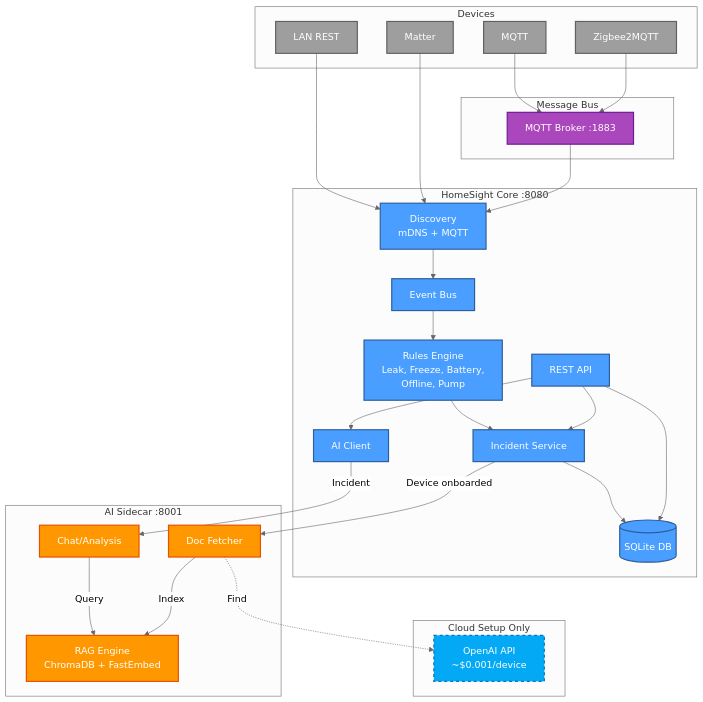
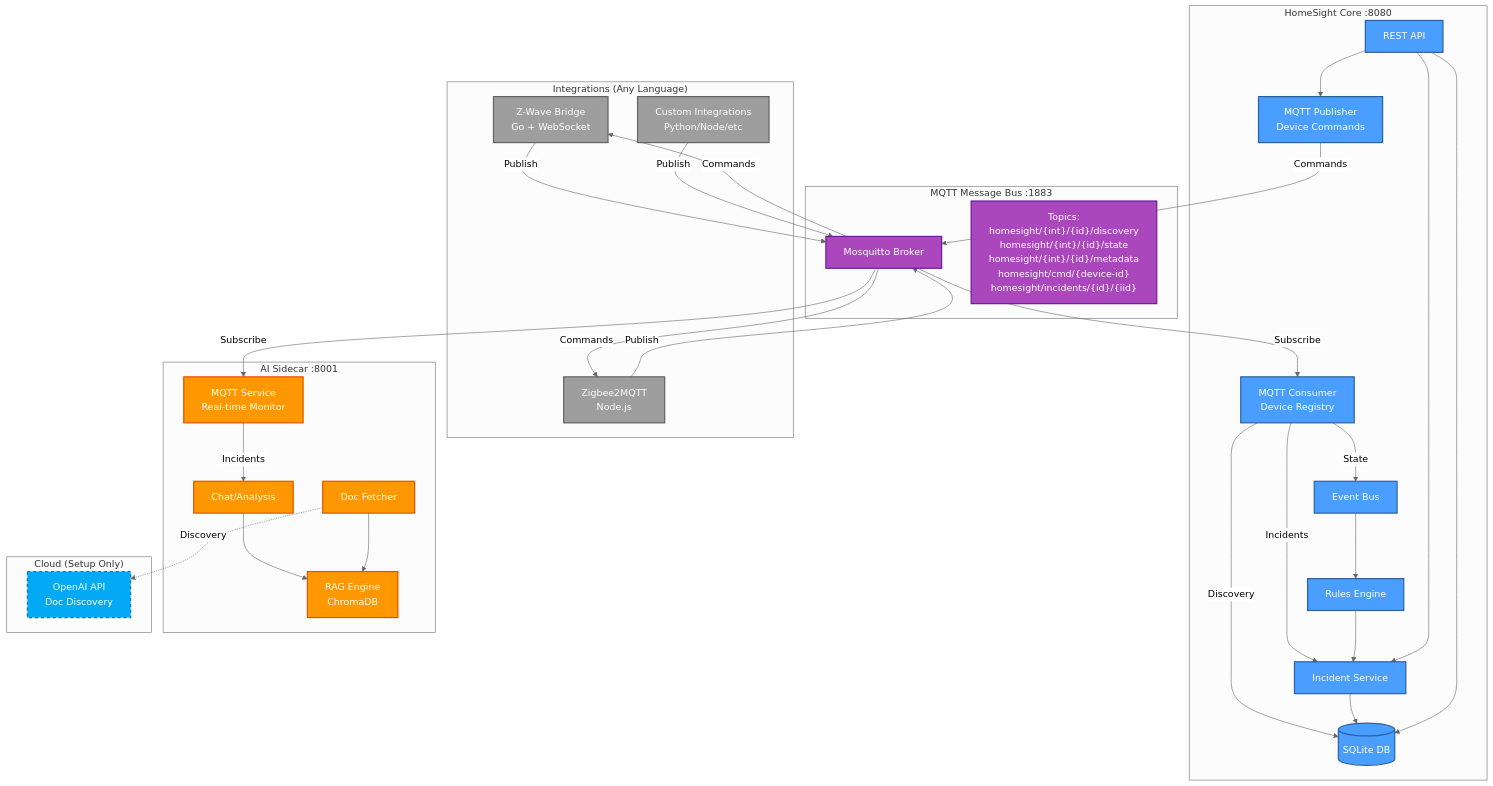
Before and after one commit to jbetancur/homesight: the diagram in README.md, drawn with Mermaid (neutral theme). The commit also changed other lines of this file and 18 other files, not shown here.

````diff
--- a/README.md
+++ b/README.md
@@ -85,73 +90,82 @@
 ```mermaid
 graph TB
-    subgraph "Devices"
-        MQTT[MQTT]
-        ZIGBEE[Zigbee2MQTT]
-        LAN[LAN REST]
-        MATTER[Matter]
+    subgraph "Integrations (Any Language)"
+        ZWAVE[Z-Wave Bridge<br/>Go + WebSocket]
+        ZIGBEE[Zigbee2MQTT<br/>Node.js]
+        CUSTOM[Custom Integrations<br/>Python/Node/etc]
+    end
+
+    subgraph "MQTT Message Bus :1883"
+        MOSQUITTO["Mosquitto Broker"]
+        TOPICS["Topics:<br/>homesight/{int}/{id}/discovery<br/>homesight/{int}/{id}/state<br/>homesight/{int}/{id}/metadata<br/>homesight/cmd/{device-id}<br/>homesight/incidents/{id}/{iid}"]
     end
 
     subgraph "HomeSight Core :8080"
+        CONSUMER[MQTT Consumer<br/>Device Registry]
+        PUBLISHER[MQTT Publisher<br/>Device Commands]
         API[REST API]
-        DISCOVERY[Discovery<br/>mDNS + MQTT]
         EVENTS[Event Bus]
-        RULES[Rules Engine<br/>Leak, Freeze, Battery,<br/>Offline, Pump]
+        RULES[Rules Engine]
         INCIDENTS[Incident Service]
         DB[(SQLite DB)]
-        AI_CLIENT[AI Client]
-    end
-
-    subgraph "Message Bus"
-        MOSQUITTO["MQTT Broker :1883"]
     end
 
     subgraph "AI Sidecar :8001"
-        RAG["RAG Engine<br/>ChromaDB + FastEmbed"]
+        MQTT_SVC[MQTT Service<br/>Real-time Monitor]
+        RAG[RAG Engine<br/>ChromaDB]
         CHAT[Chat/Analysis]
         DOC_FETCH[Doc Fetcher]
     end
 
-    subgraph "Cloud Setup Only"
-        OPENAI["OpenAI API<br/>~$0.001/device"]
+    subgraph "Cloud (Setup Only)"
+        OPENAI[OpenAI API<br/>Doc Discovery]
     end
 
-    %% Device flow
-    MQTT --> MOSQUITTO
-    ZIGBEE --> MOSQUITTO
-    LAN --> DISCOVERY
-    MATTER --> DISCOVERY
-    MOSQUITTO --> DISCOVERY
+    %% Integration → MQTT
+    ZWAVE -->|Publish| MOSQUITTO
+    ZIGBEE -->|Publish| MOSQUITTO
+    CUSTOM -->|Publish| MOSQUITTO
 
-    %% Processing flow
-    DISCOVERY --> EVENTS
+    %% MQTT → Core
+    MOSQUITTO -->|Subscribe| CONSUMER
+    CONSUMER -->|Discovery| DB
+    CONSUMER -->|State| EVENTS
+    CONSUMER -->|Incidents| INCIDENTS
+
+    %% Core → MQTT
+    API --> PUBLISHER
+    PUBLISHER -->|Commands| MOSQUITTO
+
+    %% MQTT → Integrations
+    MOSQUITTO -->|Commands| ZWAVE
+    MOSQUITTO -->|Commands| ZIGBEE
+
+    %% Event Processing
     EVENTS --> RULES
     RULES --> INCIDENTS
     INCIDENTS --> DB
 
     %% API
     API --> DB
     API --> INCIDENTS
-    API --> AI_CLIENT
 
-    %% AI flow
-    AI_CLIENT -->|Incident| CHAT
-    CHAT -->|Query| RAG
-    DOC_FETCH -->|Index| RAG
-    DOC_FETCH -.->|Find| OPENAI
-
-    %% Device event trigger
-    INCIDENTS -->|Device onboarded| DOC_FETCH
+    %% AI Real-time
+    MOSQUITTO -->|Subscribe| MQTT_SVC
+    MQTT_SVC -->|Incidents| CHAT
+    CHAT --> RAG
+    DOC_FETCH --> RAG
+    DOC_FETCH -.->|Discovery| OPENAI
 
     %% Styling
     classDef core fill:#4a9eff,stroke:#2d5f9f,stroke-width:2px,color:#fff
     classDef ai fill:#ff9800,stroke:#e65100,stroke-width:2px,color:#fff
-    classDef device fill:#9e9e9e,stroke:#616161,stroke-width:2px,color:#fff
+    classDef integration fill:#9e9e9e,stroke:#616161,stroke-width:2px,color:#fff
     classDef bus fill:#ab47bc,stroke:#6a1b9a,stroke-width:2px,color:#fff
     classDef cloud fill:#03a9f4,stroke:#0277bd,stroke-width:2px,stroke-dasharray:5,5,color:#fff
 
-    class API,DISCOVERY,EVENTS,RULES,INCIDENTS,DB,AI_CLIENT core
-    class CHAT,RAG,DOC_FETCH ai
-    class MQTT,ZIGBEE,LAN,MATTER device
-    class MOSQUITTO bus
+    class API,CONSUMER,PUBLISHER,EVENTS,RULES,INCIDENTS,DB core
+    class MQTT_SVC,CHAT,RAG,DOC_FETCH ai
+    class ZWAVE,ZIGBEE,CUSTOM integration
+    class MOSQUITTO,TOPICS bus
     class OPENAI cloud
 ```
````
